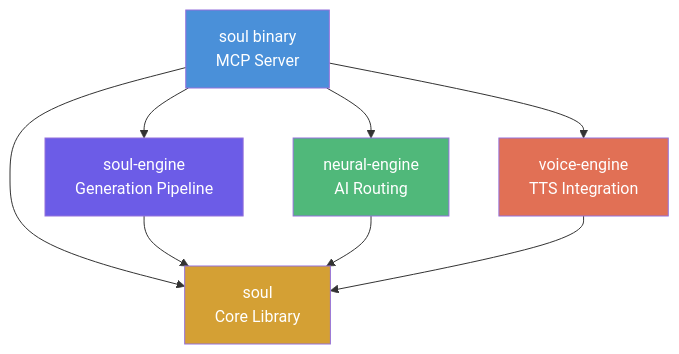
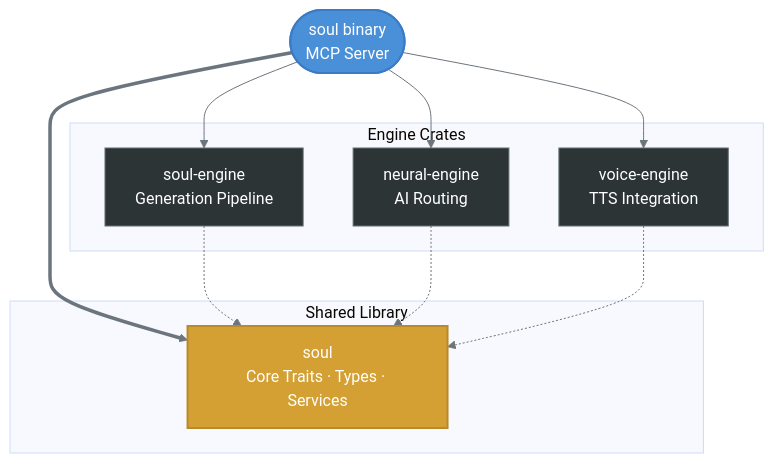
Before and after one commit to theLightArchitect/SOUL: the first of 4 diagrams in README.md, drawn with Mermaid. The commit also changed other lines of this file, not shown here.

Commit message:
Upgrade diagrams: subgraphs, classDef, cylinders, asymmetric nodes, theme

````diff
--- a/README.md
+++ b/README.md
@@ -25,16 +25,30 @@
 ```mermaid
+%%{init: {'theme': 'base', 'themeVariables': {'lineColor': '#6c757d'}}}%%
 graph TD
-    BIN[soul binary\nMCP Server] --> CORE[soul\nCore Library]
-    BIN --> SE[soul-engine\nGeneration Pipeline]
-    BIN --> NE[neural-engine\nAI Routing]
-    BIN --> VE[voice-engine\nTTS Integration]
-    SE --> CORE
-    NE --> CORE
-    VE --> CORE
+    BIN([soul binary\nMCP Server]) ==> CORE
 
-    style BIN fill:#4a90d9,color:#fff
-    style CORE fill:#d4a034,color:#fff
-    style SE fill:#6c5ce7,color:#fff
-    style NE fill:#50b87a,color:#fff
-    style VE fill:#e17055,color:#fff
+    subgraph ENGINES ["Engine Crates"]
+        SE[soul-engine\nGeneration Pipeline]
+        NE[neural-engine\nAI Routing]
+        VE[voice-engine\nTTS Integration]
+    end
+
+    BIN --> SE
+    BIN --> NE
+    BIN --> VE
+    SE -.-> CORE
+    NE -.-> CORE
+    VE -.-> CORE
+
+    subgraph LIB ["Shared Library"]
+        CORE[soul\nCore Traits · Types · Services]
+    end
+
+    classDef binary fill:#4a90d9,color:#fff,stroke:#3a7bc8,stroke-width:2px
+    classDef core fill:#d4a034,color:#fff,stroke:#b8892d,stroke-width:2px
+    classDef engine fill:#2d3436,color:#fff,stroke:#636e72,stroke-width:1px
+
+    class BIN binary
+    class CORE core
+    class SE,NE,VE engine
 ```
````
